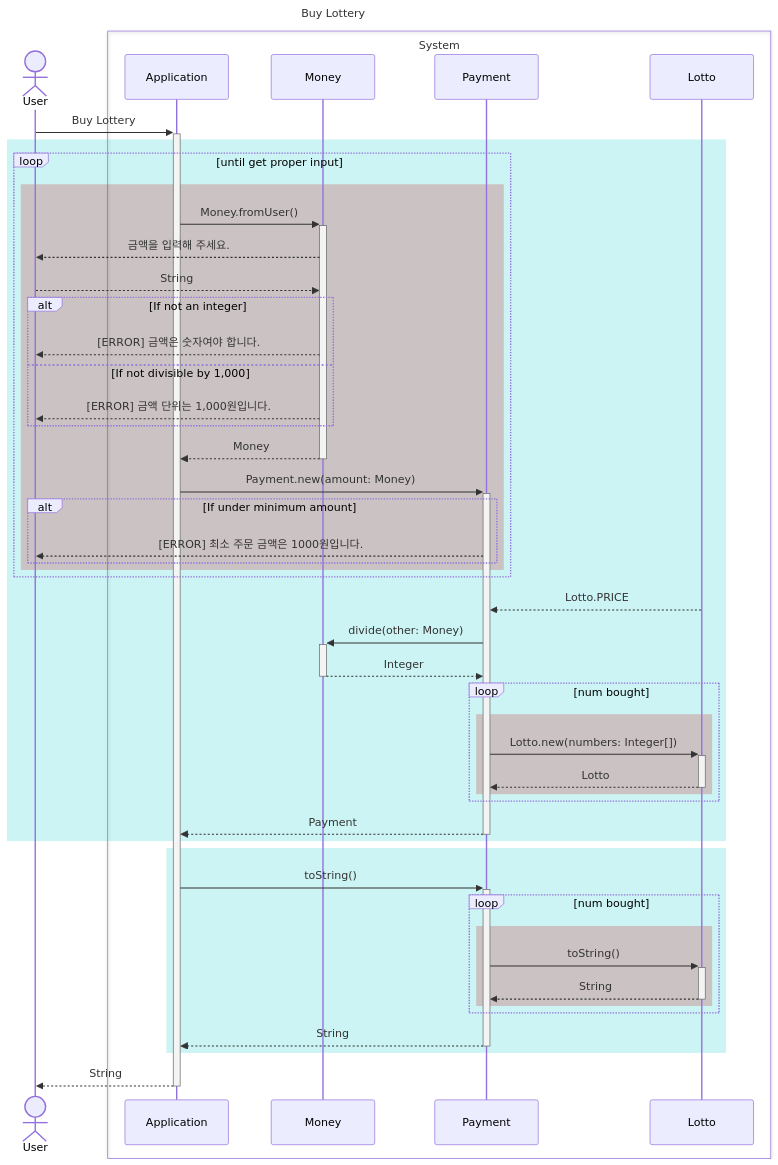
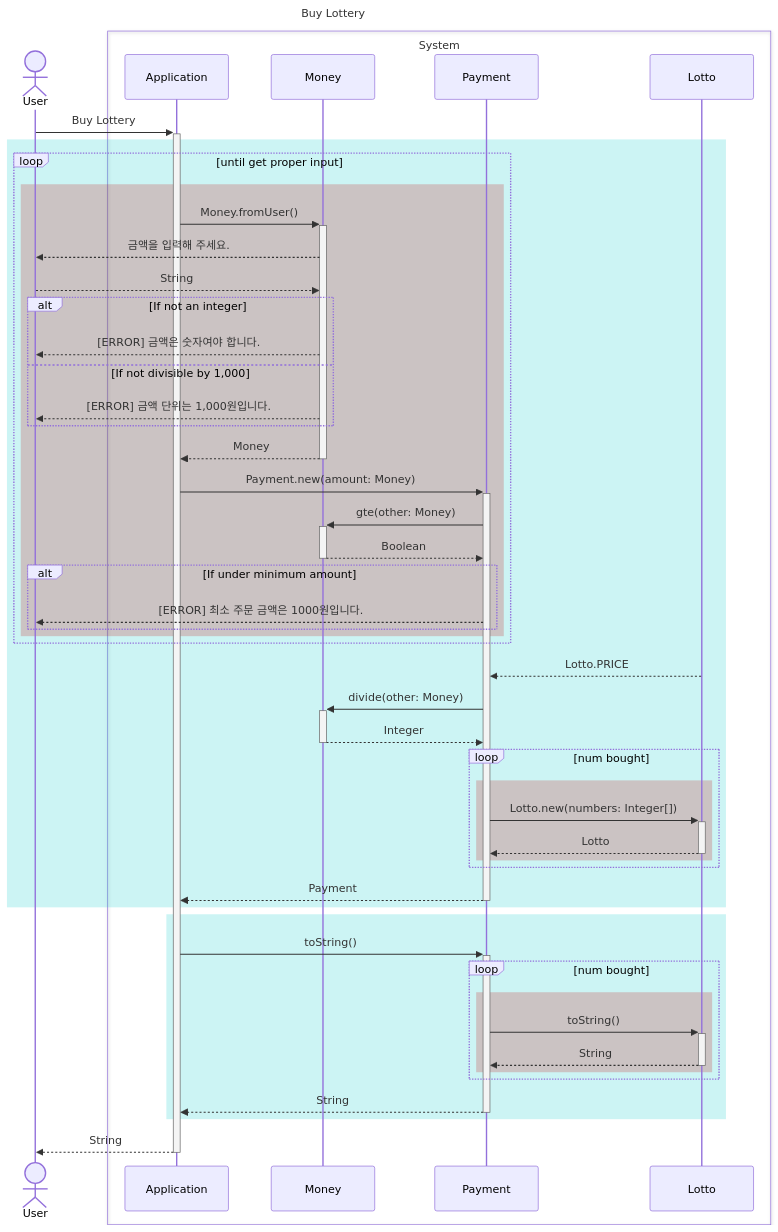
Before and after one commit to gdsc-konkuk/23-24_study_2nd_java-lotto-6: the third of 6 diagrams in docs/README.md, drawn with Mermaid. The commit also changed other lines of this file and 6 other files, not shown here.

````diff
--- a/docs/README.md
+++ b/docs/README.md
@@ -107,64 +107,65 @@
 ```mermaid
 ---
 title: Buy Lottery
 ---
 sequenceDiagram
     actor User
     box System
         participant Application
         participant Money
         participant Payment
         participant Lotto
     end
 
     User ->>+ Application: Buy Lottery
     rect rgb(0, 200, 200, 0.2)
         loop until get proper input
             rect rgb(200, 0, 0, 0.2)
                 Application ->>+ Money: Money.fromUser()
                 Money -->> User: 금액을 입력해 주세요.
                 User -->> Money: String
 
                 alt If not an integer
                     Money -->> User: [ERROR] 금액은 숫자여야 합니다.
                 else If not divisible by 1,000
                     Money -->> User: [ERROR] 금액 단위는 1,000원입니다.
                 end
 
                 Money -->>- Application: Money
                 Application ->>+ Payment: Payment.new(amount: Money)
-
+                Payment ->>+ Money: gte(other: Money)
+                Money -->>- Payment: Boolean
                 alt If under minimum amount
                     Payment -->> User: [ERROR] 최소 주문 금액은 1000원입니다.
                 end
             end
         end
 
         Lotto -->> Payment: Lotto.PRICE
         Payment ->>+ Money: divide(other: Money)
         Money -->>- Payment: Integer
 
         loop num bought
             rect rgb(200, 0, 000, 0.2)
                 Payment ->>+ Lotto: Lotto.new(numbers: Integer[])
                 Lotto -->>- Payment: Lotto
             end
         end
 
         Payment -->>- Application: Payment
     end
 
     rect rgb(0, 200, 200, 0.2)
         Application ->>+ Payment: toString()
 
         loop num bought
             rect rgb(200, 0, 000, 0.2)
                 Payment ->>+ Lotto: toString()
                 Lotto -->>- Payment: String
             end
         end
 
         Payment -->>- Application: String
     end
     Application -->>- User: String
 ```
````
